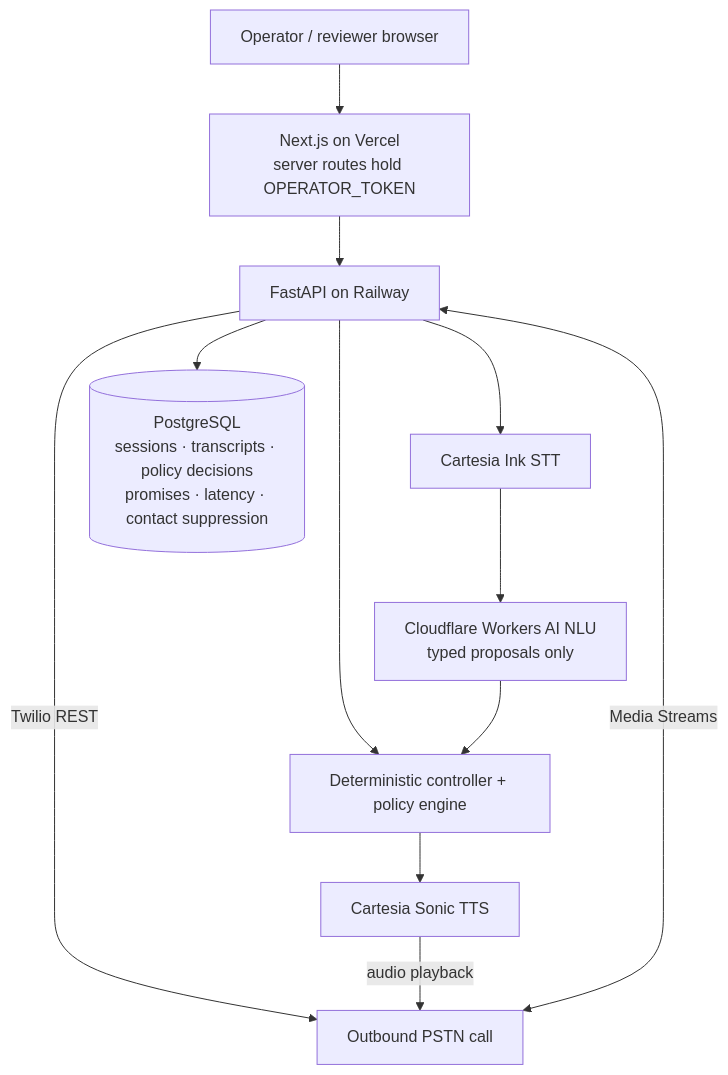
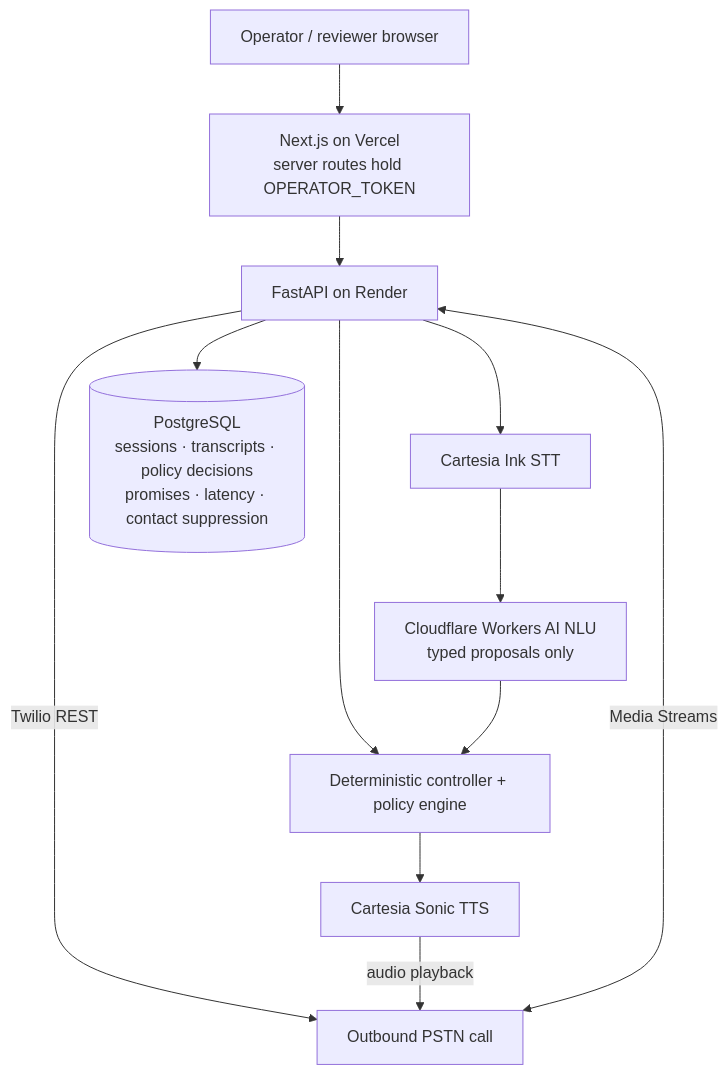
One commit to Shelunagori/ai-voice-calling-collections-agent changed the diagram in README.md. Above: the diagram before and after it, drawn with Mermaid. The commit also changed other lines of this file, not shown here.

Commit message:
docs: Render backend URL, cold-start note, noisy barge-in behaviour

````diff
--- a/README.md
+++ b/README.md
@@ -63,14 +67,14 @@
 ```mermaid
 flowchart TD
     R[Operator / reviewer browser] --> V[Next.js on Vercel<br/>server routes hold OPERATOR_TOKEN]
-    V --> B[FastAPI on Railway]
+    V --> B[FastAPI on Render]
     B --> C[Deterministic controller + policy engine]
     B -->|Twilio REST| T[Outbound PSTN call]
     T <-->|Media Streams| B
     B --> STT[Cartesia Ink STT]
     STT --> NLU[Cloudflare Workers AI NLU<br/>typed proposals only]
     NLU --> C
     C --> TTS[Cartesia Sonic TTS]
     TTS -->|audio playback| T
     B --> DB[(PostgreSQL<br/>sessions · transcripts · policy decisions<br/>promises · latency · contact suppression)]
 ```
````
